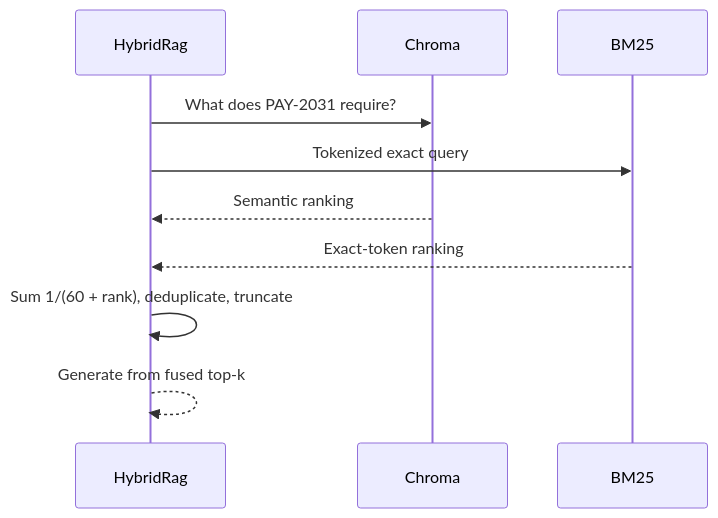
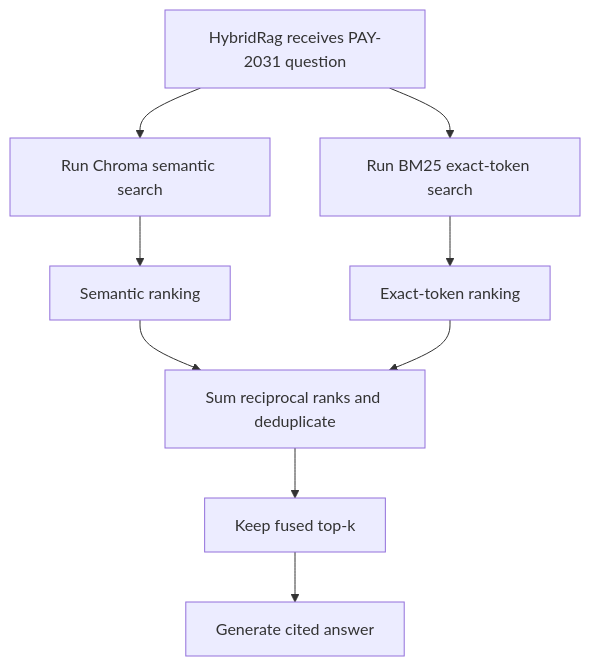
One commit to rajeswarandhandapani/rag-patterns-lab changed the second of 2 diagrams in src/rag_lab/labs/hybrid_search/README.md. Above: the diagram before and after it, drawn with Mermaid. The commit also changed other lines of this file and 10 other files, not shown here.

````diff
--- a/src/rag_lab/labs/hybrid_search/README.md
+++ b/src/rag_lab/labs/hybrid_search/README.md
@@ -19,12 +20,11 @@
 ```mermaid
-sequenceDiagram
-    participant R as HybridRag
-    participant D as Chroma
-    participant B as BM25
-    R->>D: What does PAY-2031 require?
-    R->>B: Tokenized exact query
-    D-->>R: Semantic ranking
-    B-->>R: Exact-token ranking
-    R->>R: Sum 1/(60 + rank), deduplicate, truncate
-    R-->>R: Generate from fused top-k
+flowchart TD
+    R["HybridRag receives PAY-2031 question"] --> D["Run Chroma semantic search"]
+    R --> B["Run BM25 exact-token search"]
+    D --> DS["Semantic ranking"]
+    B --> BS["Exact-token ranking"]
+    DS --> F["Sum reciprocal ranks and deduplicate"]
+    BS --> F
+    F --> T["Keep fused top-k"]
+    T --> A["Generate cited answer"]
 ```
````
